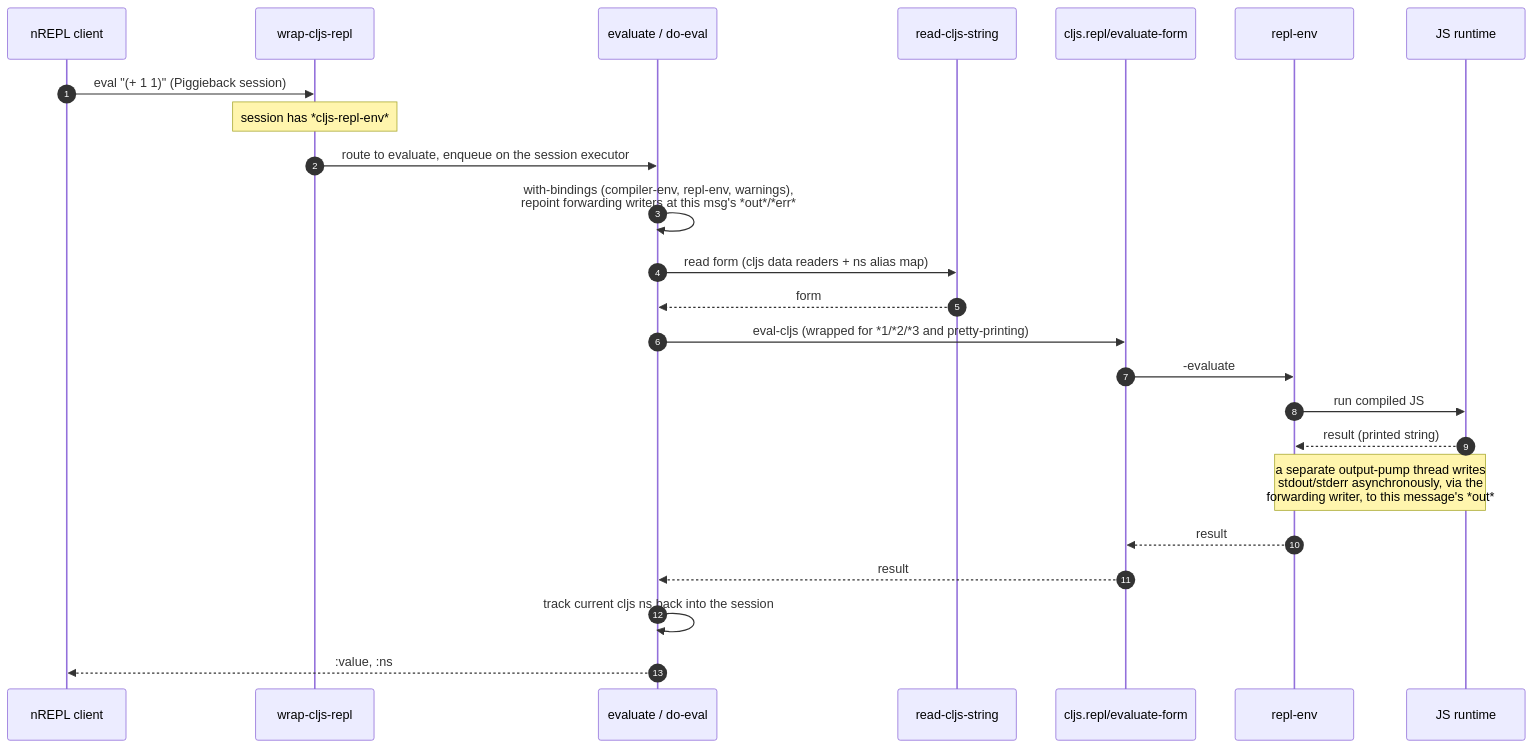
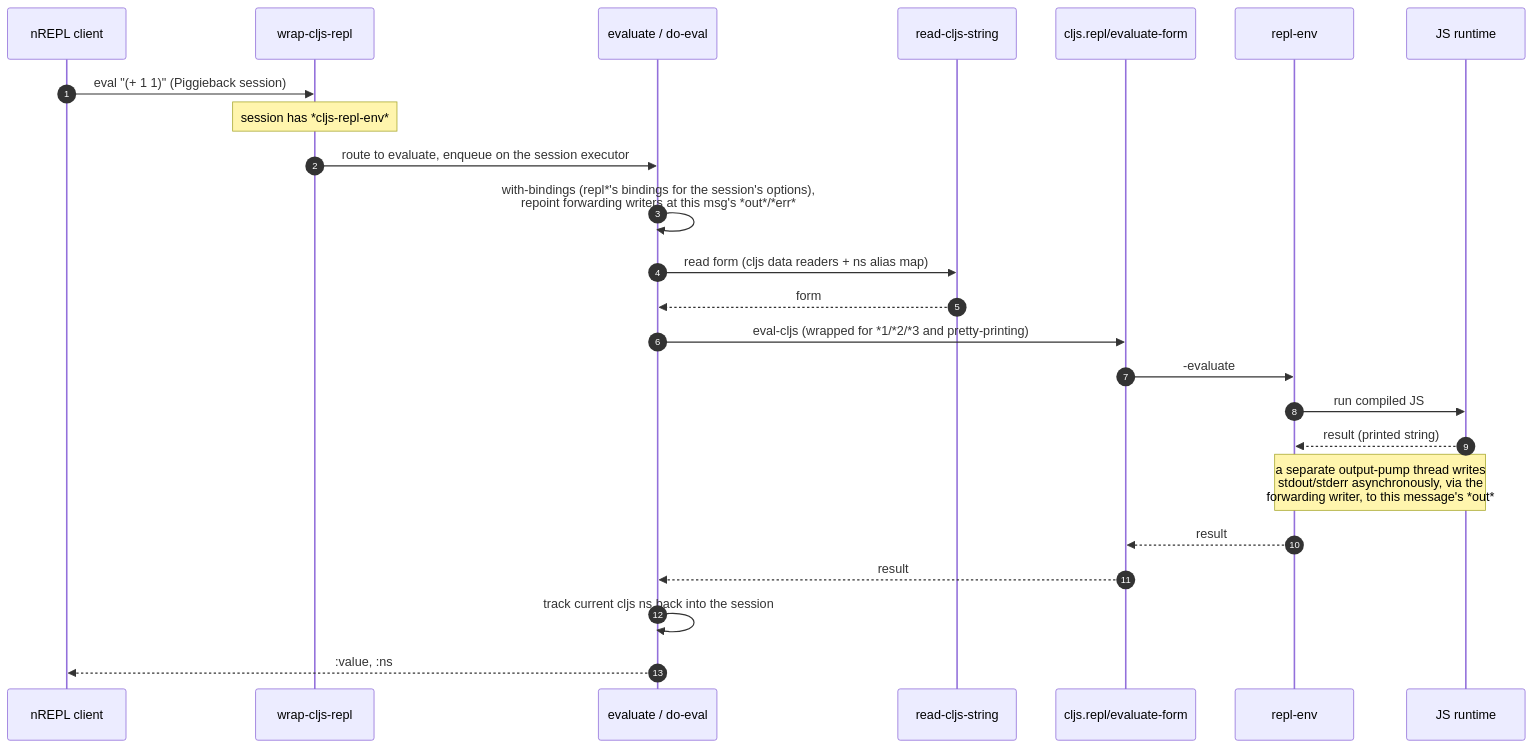
Before and after one commit to nrepl/piggieback: the third of 4 diagrams in docs/architecture.md, drawn with Mermaid. The commit also changed other lines of this file and 4 other files, not shown here.

````diff
--- a/docs/architecture.md
+++ b/docs/architecture.md
@@ -182,27 +182,27 @@
 ```mermaid
 sequenceDiagram
     autonumber
     participant C as nREPL client
     participant W as wrap-cljs-repl
     participant EV as evaluate / do-eval
     participant RD as read-cljs-string
     participant EF as cljs.repl/evaluate-form
     participant E as repl-env
     participant JS as JS runtime
 
     C->>W: eval "(+ 1 1)" (Piggieback session)
     Note over W: session has *cljs-repl-env*
     W->>EV: route to evaluate, enqueue on the session executor
-    EV->>EV: with-bindings (compiler-env, repl-env, warnings),<br/>repoint forwarding writers at this msg's *out*/*err*
+    EV->>EV: with-bindings (repl*'s bindings for the session's options),<br/>repoint forwarding writers at this msg's *out*/*err*
     EV->>RD: read form (cljs data readers + ns alias map)
     RD-->>EV: form
     EV->>EF: eval-cljs (wrapped for *1/*2/*3 and pretty-printing)
     EF->>E: -evaluate
     E->>JS: run compiled JS
     JS-->>E: result (printed string)
     Note over E,JS: a separate output-pump thread writes<br/>stdout/stderr asynchronously, via the<br/>forwarding writer, to this message's *out*
     E-->>EF: result
     EF-->>EV: result
     EV->>EV: track current cljs ns back into the session
     EV-->>C: :value, :ns
 ```
````
